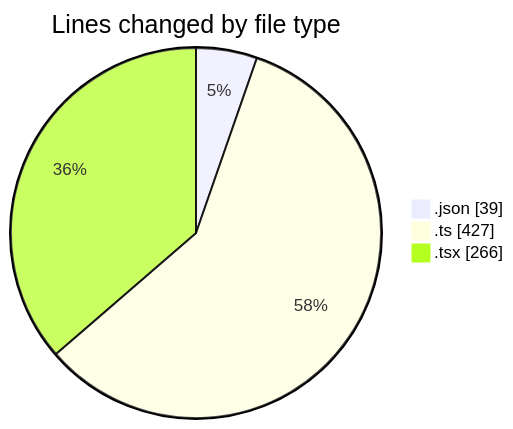
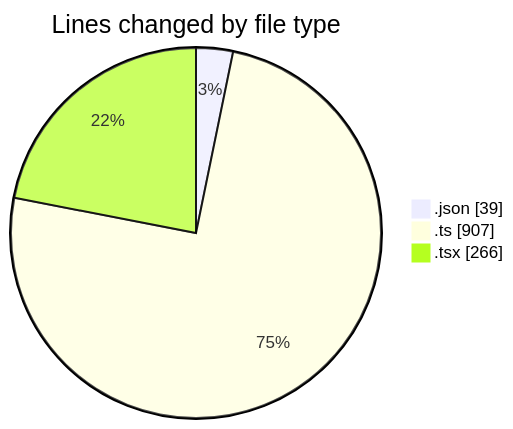
Before and after one commit to lephambinh05/code-tracking: the first of 2 diagrams in 2025-09-13/napxuvn/README.md, drawn with Mermaid. The commit also changed other lines of this file and 1 other file, not shown here.

````diff
--- a/2025-09-13/napxuvn/README.md
+++ b/2025-09-13/napxuvn/README.md
@@ -26,7 +27,7 @@
 ```mermaid
 pie showData
 title Lines changed by file type
 ".json" : 39
-".ts" : 427
+".ts" : 907
 ".tsx" : 266
 ```
````
